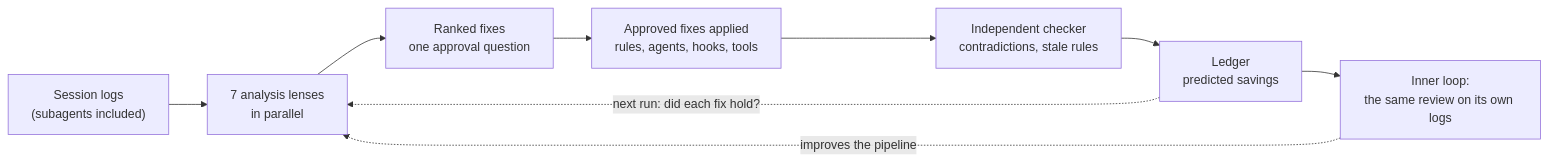
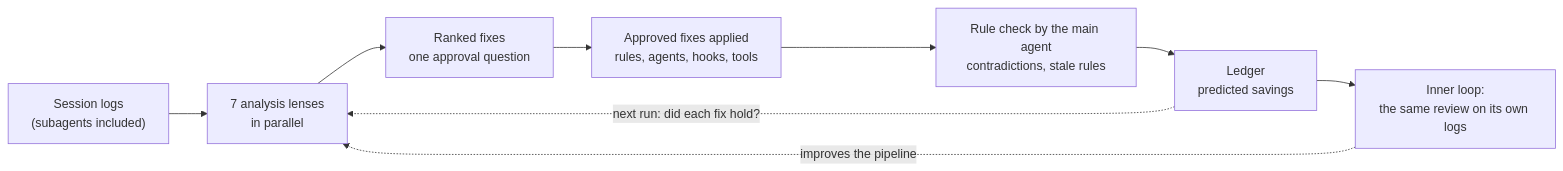
One commit to codecode3/recursive-self-improvement-loop changed the diagram in README.md. Above: the diagram before and after it, drawn with Mermaid. The commit also changed other lines of this file and 6 other files, not shown here.

First line of the commit message:
Retire retro-checker: retros check their own work

````diff
--- a/README.md
+++ b/README.md
@@ -8,11 +8,11 @@
 ```mermaid
 flowchart LR
   L["Session logs<br/>(subagents included)"] --> A["7 analysis lenses<br/>in parallel"]
   A --> R["Ranked fixes<br/>one approval question"]
   R --> F["Approved fixes applied<br/>rules, agents, hooks, tools"]
-  F --> C["Independent checker<br/>contradictions, stale rules"]
+  F --> C["Rule check by the main agent<br/>contradictions, stale rules"]
   C --> D["Ledger<br/>predicted savings"]
   D -. "next run: did each fix hold?" .-> A
   D --> I["Inner loop:<br/>the same review on its own logs"]
   I -. "improves the pipeline" .-> A
 ```
````
